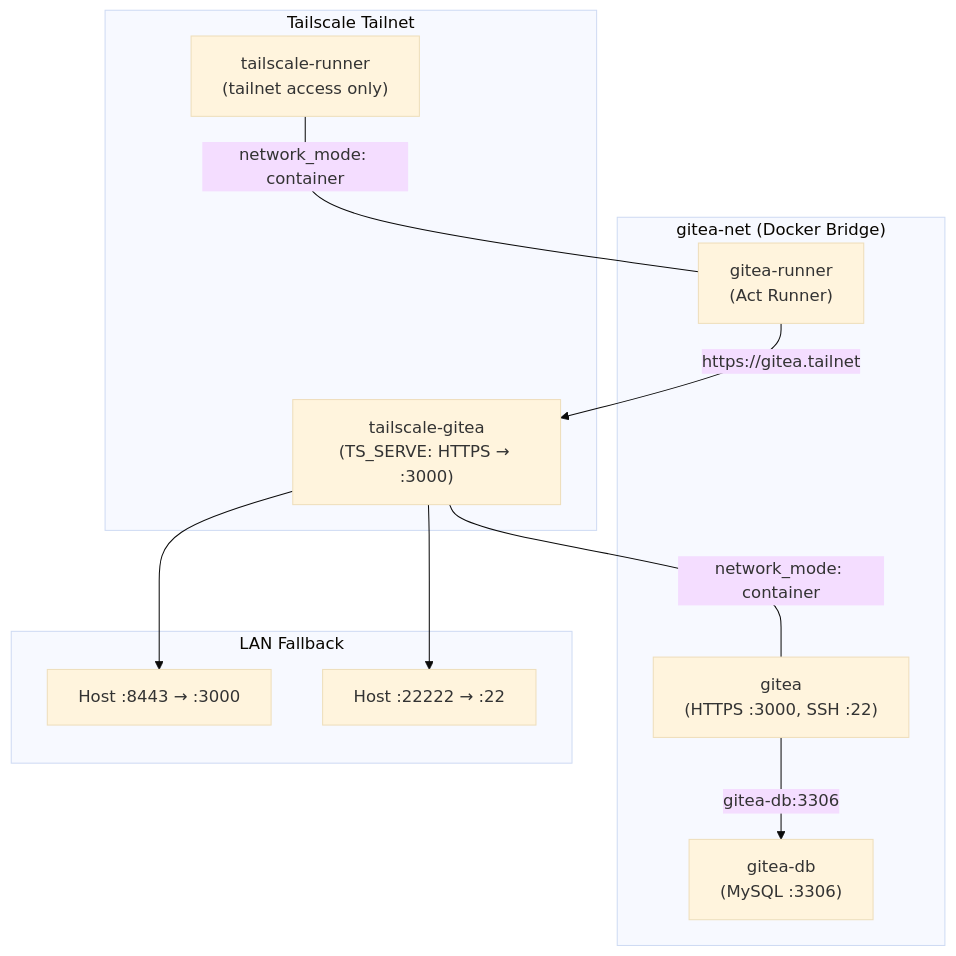
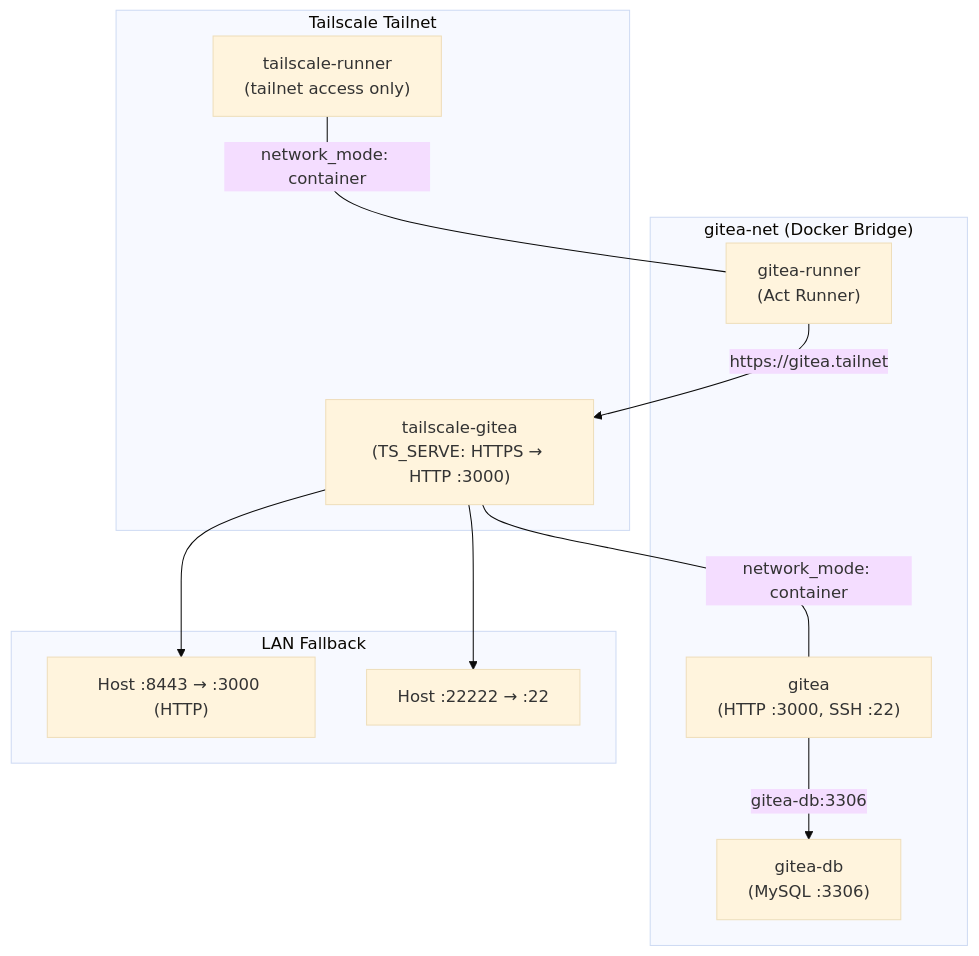
One commit to jaxzin/jaxzin-infra-bootstrap changed the first of 3 diagrams in README.md. Above: the diagram before and after it, drawn with Mermaid (base theme). The commit also changed other lines of this file and 6 other files, not shown here.

First line of the commit message:
Switch Gitea to HTTP internally, let TS_SERVE be sole HTTPS terminator

````diff
--- a/README.md
+++ b/README.md
@@ -64,20 +64,20 @@
 ```mermaid
 flowchart TB
     subgraph Tailnet["Tailscale Tailnet"]
-        TG_TS["tailscale-gitea<br/>(TS_SERVE: HTTPS → :3000)"]
+        TG_TS["tailscale-gitea<br/>(TS_SERVE: HTTPS → HTTP :3000)"]
         TR_TS["tailscale-runner<br/>(tailnet access only)"]
     end
     subgraph DockerNet["gitea-net (Docker Bridge)"]
-        TG_TS --- |"network_mode: container"| Gitea["gitea<br/>(HTTPS :3000, SSH :22)"]
+        TG_TS --- |"network_mode: container"| Gitea["gitea<br/>(HTTP :3000, SSH :22)"]
         DB["gitea-db<br/>(MySQL :3306)"]
         TR_TS --- |"network_mode: container"| Runner["gitea-runner<br/>(Act Runner)"]
     end
     subgraph LAN["LAN Fallback"]
-        LAN_HTTPS["Host :8443 → :3000"]
+        LAN_HTTP["Host :8443 → :3000 (HTTP)"]
         LAN_SSH["Host :22222 → :22"]
     end
-    TG_TS --> LAN_HTTPS
+    TG_TS --> LAN_HTTP
     TG_TS --> LAN_SSH
     Gitea --> |"gitea-db:3306"| DB
     Runner --> |"https://gitea.tailnet"| TG_TS
 ```
````
